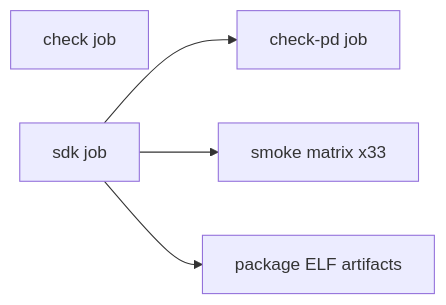
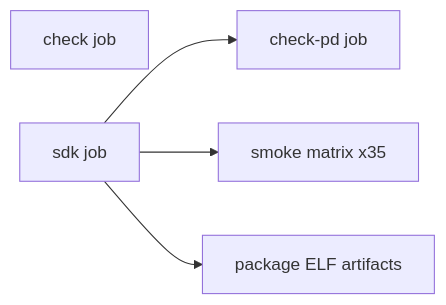
Before and after one commit to julerex/lerux: the diagram in docs/ci.md, drawn with Mermaid. The commit also changed other lines of this file and 33 other files, not shown here.

````diff
--- a/docs/ci.md
+++ b/docs/ci.md
@@ -13,11 +13,11 @@
 ```mermaid
 flowchart LR
   check[check job]
   sdk[sdk job]
   checkPd[check-pd job]
-  smoke[smoke matrix x33]
+  smoke[smoke matrix x35]
   package[package ELF artifacts]
   sdk --> checkPd
   sdk --> smoke
   sdk --> package
 ```
````
